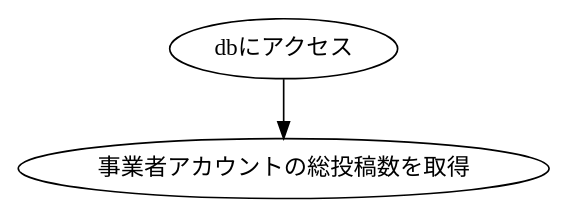
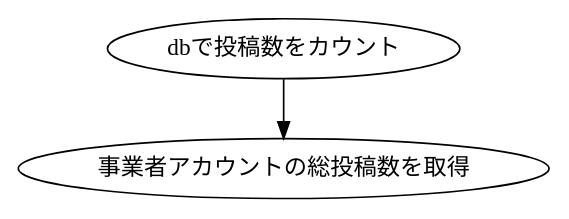
One commit to KUT-Group12/internal_design changed the diagram in dot/sato/BusinessGetTotalPostNumber.dot. Above: the diagram before and after it, drawn with Graphviz. The commit also changed 22 other files, not shown here.

```diff
--- a/dot/sato/BusinessGetTotalPostNumber.dot
+++ b/dot/sato/BusinessGetTotalPostNumber.dot
@@ -1,8 +1,8 @@
 digraph G {
     #include "style.doth"
 
-    db[label = "dbにアクセス"]
+    db[label = "dbで投稿数をカウント"]
     post[label = "事業者アカウントの総投稿数を取得"]
 
     db -> post
 }
```
